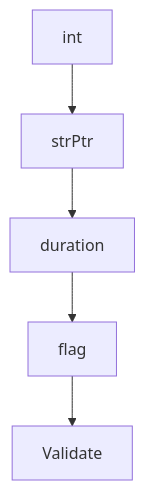
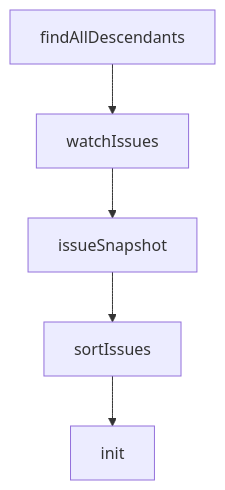
The diagram in tutorials/beads-tutorial/04-dependency-graph-and-hierarchy-patterns.md (johnxie/awesome-code-docs), drawn with Mermaid before and after one commit. The commit also changed other lines of this file and 1232 other files, not shown here.

````diff
--- a/tutorials/beads-tutorial/04-dependency-graph-and-hierarchy-patterns.md
+++ b/tutorials/beads-tutorial/04-dependency-graph-and-hierarchy-patterns.md
@@ -211,12 +209,12 @@
 ```mermaid
 flowchart TD
-    A[int]
-    B[strPtr]
-    C[duration]
-    D[flag]
-    E[Validate]
+    A[findAllDescendants]
+    B[watchIssues]
+    C[issueSnapshot]
+    D[sortIssues]
+    E[init]
     A --> B
     B --> C
     C --> D
     D --> E
 ```
````
